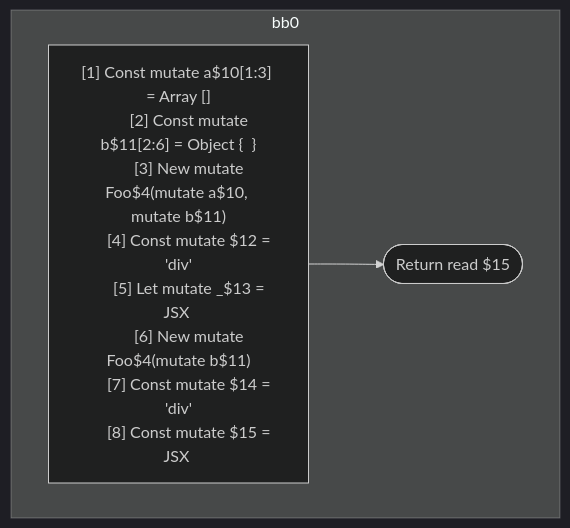
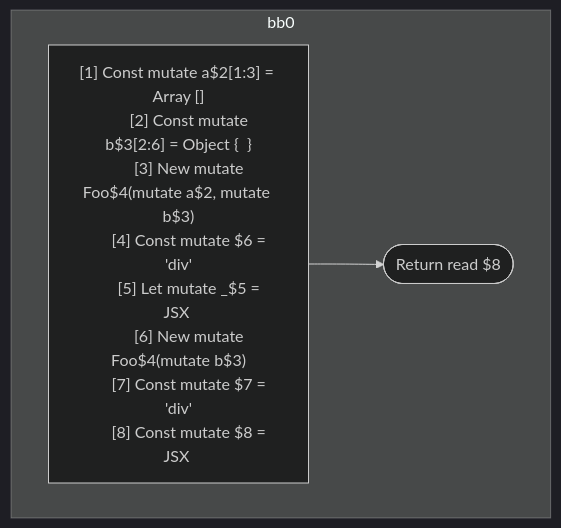
Before and after one commit to wutsmog/private: the second of 2 diagrams in compiler/forget/src/__tests__/fixtures/hir/constructor.expect.md, drawn with Mermaid (dark theme). The commit also changed other lines of this file and 57 other files, not shown here.

````diff
--- a/compiler/forget/src/__tests__/fixtures/hir/constructor.expect.md
+++ b/compiler/forget/src/__tests__/fixtures/hir/constructor.expect.md
@@ -63,20 +63,20 @@
 ```mermaid
 flowchart TB
   %% Basic Blocks
   subgraph bb0
     bb0_instrs["
-      [1] Const mutate a$10[1:3] = Array []
-      [2] Const mutate b$11[2:6] = Object {  }
-      [3] New mutate Foo$4(mutate a$10, mutate b$11)
-      [4] Const mutate $12 = 'div'
-      [5] Let mutate _$13 = JSX <read $12 a={freeze a$10} ></read $12>
-      [6] New mutate Foo$4(mutate b$11)
-      [7] Const mutate $14 = 'div'
-      [8] Const mutate $15 = JSX <read $14 a={read a$10} b={freeze b$11} ></read $14>
+      [1] Const mutate a$2[1:3] = Array []
+      [2] Const mutate b$3[2:6] = Object {  }
+      [3] New mutate Foo$4(mutate a$2, mutate b$3)
+      [4] Const mutate $6 = 'div'
+      [5] Let mutate _$5 = JSX <read $6 a={freeze a$2} ></read $6>
+      [6] New mutate Foo$4(mutate b$3)
+      [7] Const mutate $7 = 'div'
+      [8] Const mutate $8 = JSX <read $7 a={read a$2} b={freeze b$3} ></read $7>
     "]
-    bb0_instrs --> bb0_terminal(["Return read $15"])
+    bb0_instrs --> bb0_terminal(["Return read $8"])
   end
 
   %% Jumps
   %% empty
 ```
````
